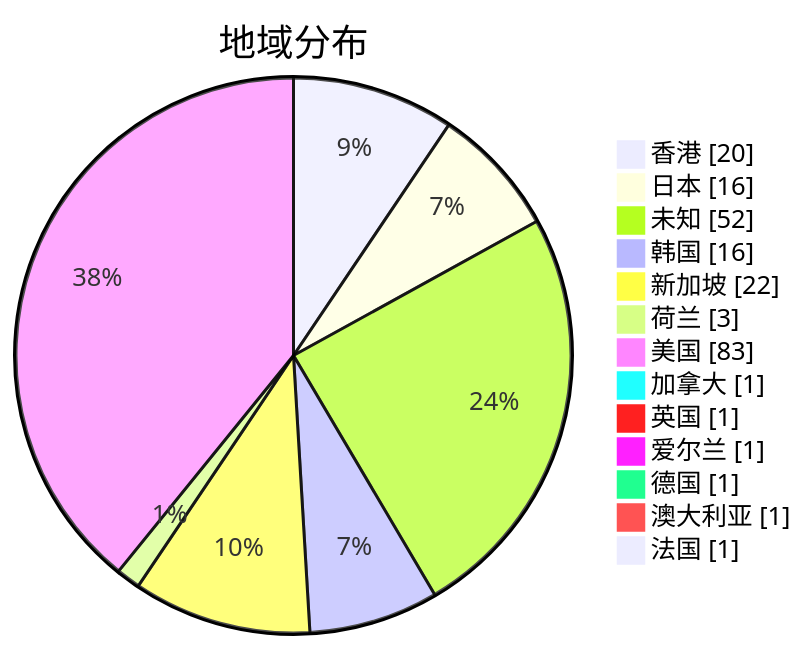
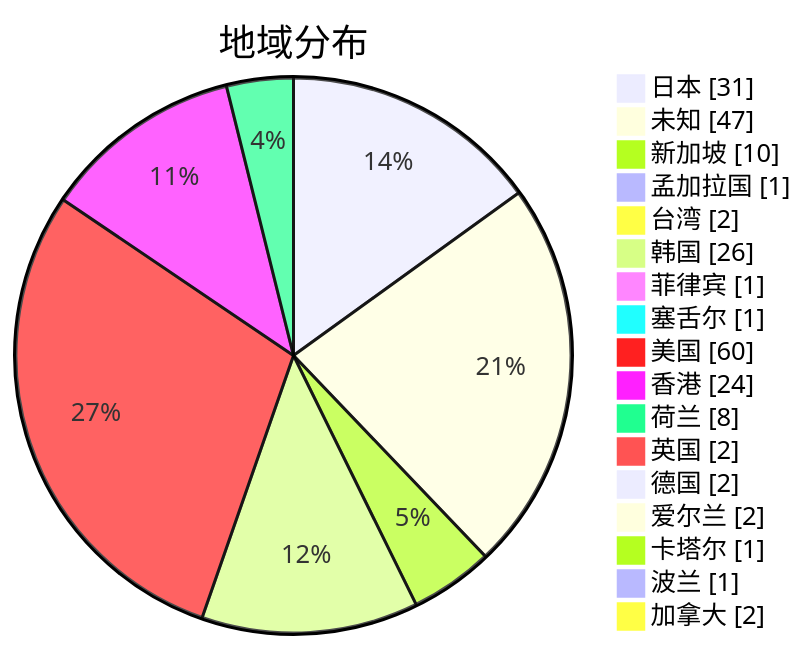
One commit to qjlxg/airport changed the second of 3 diagrams in subs/statistics/tested_within.md. Above: the diagram before and after it, drawn with Mermaid. The commit also changed other lines of this file and 2 other files, not shown here.

Commit message:
Tested by metaST

````diff
--- a/subs/statistics/tested_within.md
+++ b/subs/statistics/tested_within.md
@@ -12,17 +12,21 @@
 ```mermaid
 pie showData
 title 地域分布
-"香港" : 20
-"日本" : 16
-"未知" : 52
-"韩国" : 16
-"新加坡" : 22
-"荷兰" : 3
-"美国" : 83
-"加拿大" : 1
-"英国" : 1
-"爱尔兰" : 1
-"德国" : 1
-"澳大利亚" : 1
-"法国" : 1
+"日本" : 31
+"未知" : 47
+"新加坡" : 10
+"孟加拉国" : 1
+"台湾" : 2
+"韩国" : 26
+"菲律宾" : 1
+"塞舌尔" : 1
+"美国" : 60
+"香港" : 24
+"荷兰" : 8
+"英国" : 2
+"德国" : 2
+"爱尔兰" : 2
+"卡塔尔" : 1
+"波兰" : 1
+"加拿大" : 2
 ```
````
